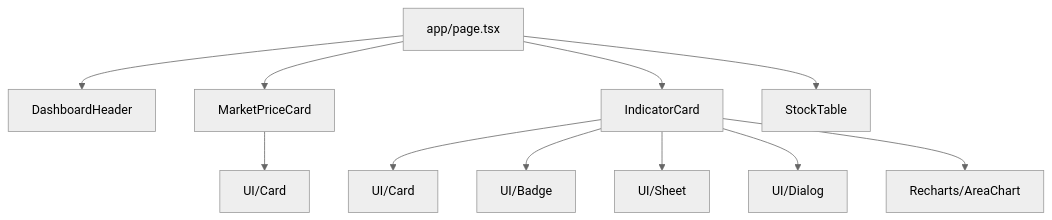
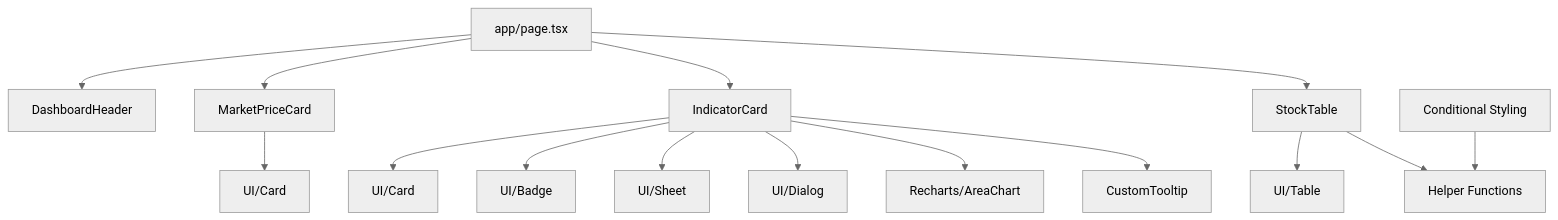
The first of 3 diagrams in memory-bank/systemPatterns.md (devinrtnu/market-sidekick), drawn with Mermaid (neutral theme) before and after one commit. The commit also changed other lines of this file and 5 other files, not shown here.

````diff
--- a/memory-bank/systemPatterns.md
+++ b/memory-bank/systemPatterns.md
@@ -147,13 +147,20 @@
 ```mermaid
 graph TD
     A[app/page.tsx] --> B[DashboardHeader]
     A --> C[MarketPriceCard]
     A --> D[IndicatorCard]
     A --> E[StockTable]
+    
     C --> C1[UI/Card]
+    
     D --> D1[UI/Card]
     D --> D2[UI/Badge]
     D --> D3[UI/Sheet]
     D --> D4[UI/Dialog]
     D --> D5[Recharts/AreaChart]
+    D --> D6[CustomTooltip]
+    
+    E --> E1[UI/Table]
+    E --> E2[Helper Functions]
+    E3[Conditional Styling] --> E2
 ```
````
